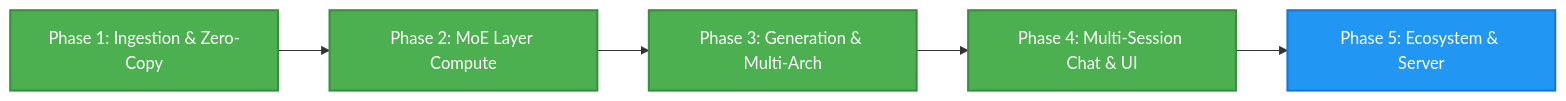
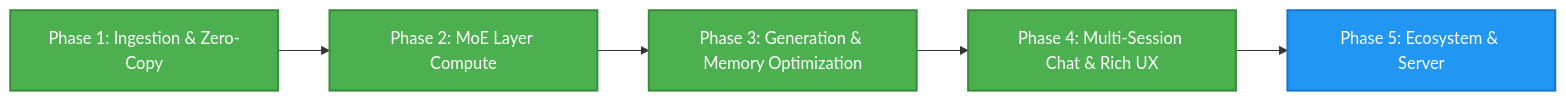
One commit to derekrparris/DynaMoE changed the diagram in README.md. Above: the diagram before and after it, drawn with Mermaid. The commit also changed other lines of this file, not shown here.

````diff
--- a/README.md
+++ b/README.md
@@ -87,12 +91,12 @@
 ```mermaid
 flowchart LR
     A["Phase 1: Ingestion & Zero-Copy"] --> B["Phase 2: MoE Layer Compute"]
-    B --> C["Phase 3: Generation & Multi-Arch"]
-    C --> D["Phase 4: Multi-Session Chat & UI"]
+    B --> C["Phase 3: Generation & Memory Optimization"]
+    C --> D["Phase 4: Multi-Session Chat & Rich UX"]
     D --> E["Phase 5: Ecosystem & Server"]
     style A fill:#4CAF50,stroke:#388E3C,stroke-width:2px,color:#fff
     style B fill:#4CAF50,stroke:#388E3C,stroke-width:2px,color:#fff
     style C fill:#4CAF50,stroke:#388E3C,stroke-width:2px,color:#fff
     style D fill:#4CAF50,stroke:#388E3C,stroke-width:2px,color:#fff
     style E fill:#2196F3,stroke:#1976D2,stroke-width:2px,color:#fff
 ```
````
